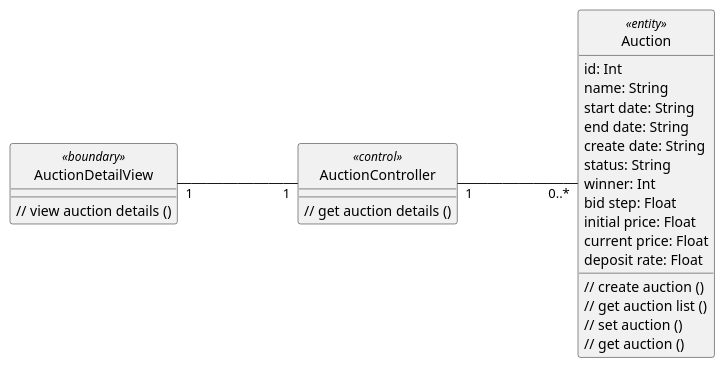
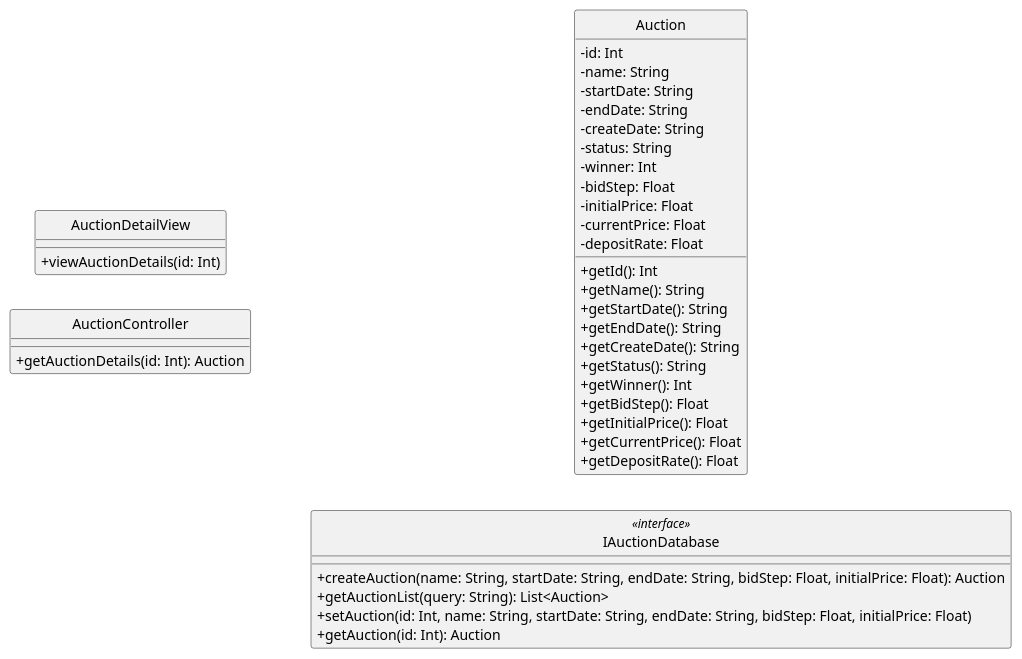
The diagram in uml/design/class/linh/view_auction_information.pu (anhbanlinhle/velocity-exchange), drawn with PlantUML before and after one commit.

Commit message:
doc[lynn]: design vopc no. 7

```diff
--- a/uml/design/class/linh/view_auction_information.pu
+++ b/uml/design/class/linh/view_auction_information.pu
@@ -1,43 +1,51 @@
 @startuml 
 left to right direction
 skinparam classAttributeIconSize 0
 skinparam linetype ortho
 hide circle
-class AuctionDetailView <<boundary>> {
+class AuctionDetailView {
 
-    // view auction details ()
+    + viewAuctionDetails(id: Int)
 
     }
 
-class AuctionController <<control>> {
+class AuctionController {
     
-    // get auction details ()
+    + getAuctionDetails(id: Int): Auction
 
     }
 
-class Auction <<entity>> {
-    id: Int
-    name: String
-    start date: String
-    end date: String
-    create date: String
-    status: String
-    winner: Int
-    bid step: Float
-    initial price: Float
-    current price: Float
-    deposit rate: Float
-    // create auction ()
-    // get auction list ()
-    // set auction ()
-    // get auction ()
+class Auction {
+    - id: Int
+    - name: String
+    - startDate: String
+    - endDate: String
+    - createDate: String
+    - status: String
+    - winner: Int
+    - bidStep: Float
+    - initialPrice: Float
+    - currentPrice: Float
+    - depositRate: Float
 
+    + getId(): Int
+    + getName(): String
+    + getStartDate(): String
+    + getEndDate(): String
+    + getCreateDate(): String
+    + getStatus(): String
+    + getWinner(): Int
+    + getBidStep(): Float
+    + getInitialPrice(): Float
+    + getCurrentPrice(): Float
+    + getDepositRate(): Float
     }
 
-
-AuctionDetailView "1" --- "1" AuctionController
-
-AuctionController "1" --- "0..*" Auction
-
+class IAuctionDatabase <<interface>> {
+    + createAuction(name: String, startDate: String, endDate: String, bidStep: Float, initialPrice: Float): Auction
+    + getAuctionList(query: String): List<Auction>
+    + setAuction(id: Int, name: String, startDate: String, endDate: String, bidStep: Float, initialPrice: Float)
+    + getAuction(id: Int): Auction
+    }
 
 @enduml
```
